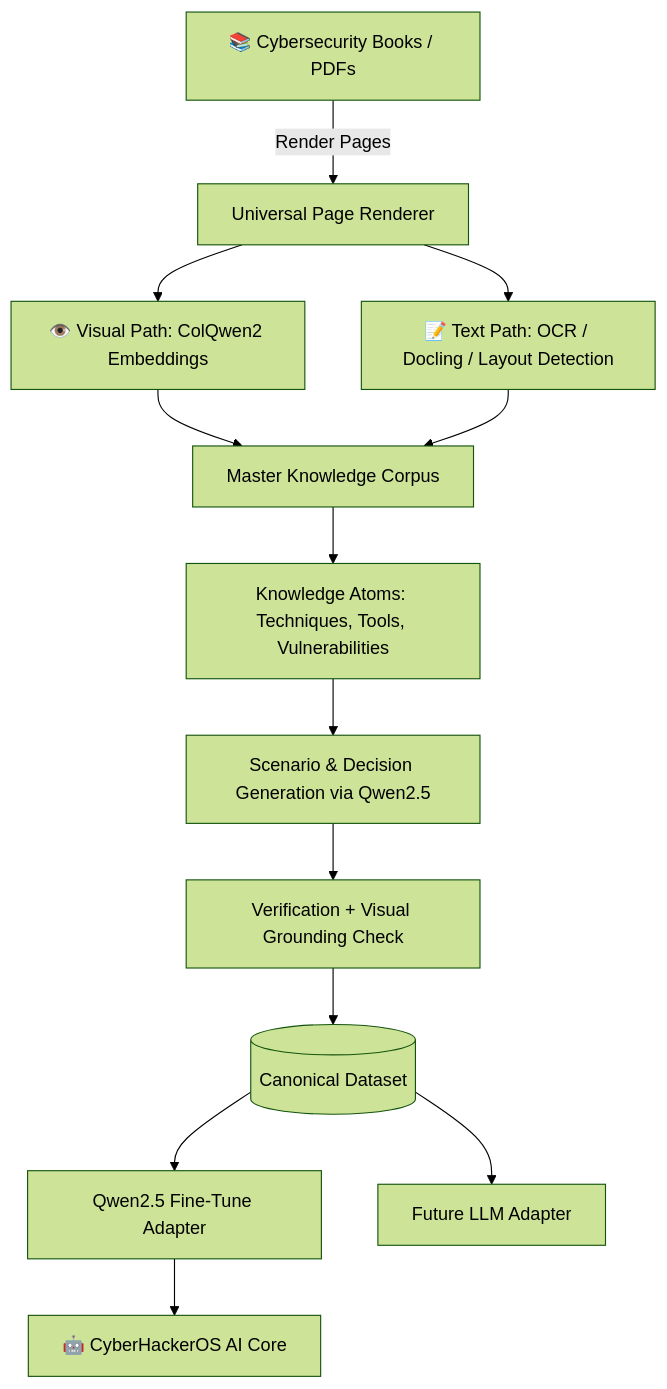
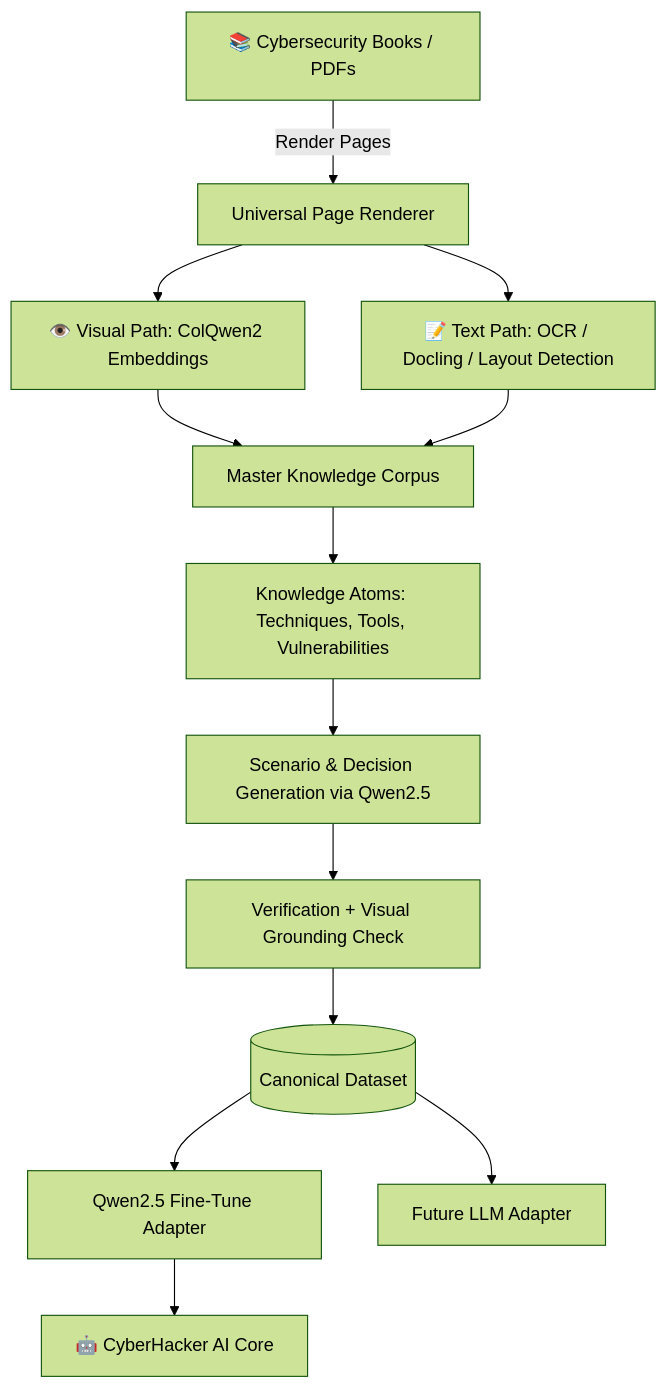
Before and after one commit to ankit-sengupta05/CyberX: the diagram in README.md, drawn with Mermaid (forest theme). The commit also changed other lines of this file and 3 other files, not shown here.

````diff
--- a/README.md
+++ b/README.md
@@ -74,15 +74,15 @@
 ```mermaid
 graph TD;
     A[📚 Cybersecurity Books / PDFs] -->|Render Pages| B[Universal Page Renderer];
     B --> C[👁️ Visual Path: ColQwen2 Embeddings];
     B --> D[📝 Text Path: OCR / Docling / Layout Detection];
     C --> E[Master Knowledge Corpus];
     D --> E;
     E --> F[Knowledge Atoms: Techniques, Tools, Vulnerabilities];
     F --> G[Scenario & Decision Generation via Qwen2.5];
     G --> H[Verification + Visual Grounding Check];
     H --> I[(Canonical Dataset)];
     I --> J[Qwen2.5 Fine-Tune Adapter];
     I --> K[Future LLM Adapter];
-    J --> L[🤖 CyberHackerOS AI Core];
+    J --> L[🤖 CyberHacker AI Core];
 ```
````
